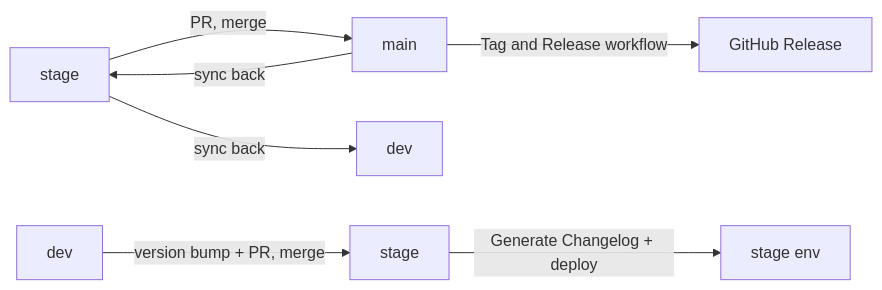
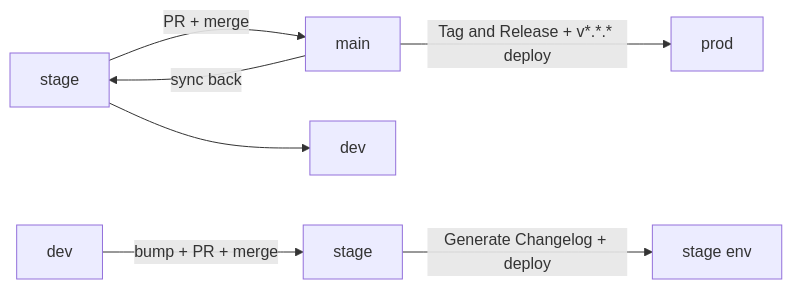
Before and after one commit to EPFL-ENAC/co2-calculator: the diagram in docs/src/architecture/release-runbook.md, drawn with Mermaid. The commit also changed other lines of this file, not shown here.

First line of the commit message:
docs(release-runbook): tighten to 10-Minute Rule; prod-verify; seed-data

````diff
--- a/docs/src/architecture/release-runbook.md
+++ b/docs/src/architecture/release-runbook.md
@@ -32,9 +24,8 @@
 ```mermaid
 graph LR
-    A[stage] -->|PR, merge| B[main]
-    B -->|Tag and Release workflow| R[GitHub Release]
-    B -->|sync back| A
-    A -->|sync back| D[dev]
-    D2[dev] -->|version bump + PR, merge| S[stage]
-    S -->|Generate Changelog + deploy| ENV[stage env]
+    S1[stage] -->|PR + merge| M[main]
+    M -->|Tag and Release + v*.*.* deploy| P[prod]
+    M -->|sync back| S1 --> D[dev]
+    D2[dev] -->|bump + PR + merge| S2[stage]
+    S2 -->|Generate Changelog + deploy| E[stage env]
 ```
````
